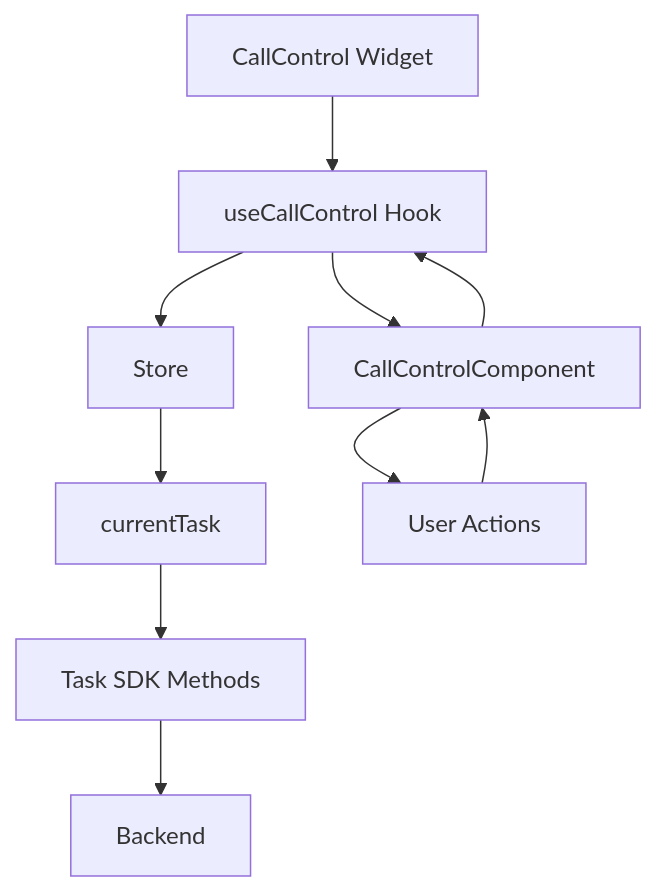
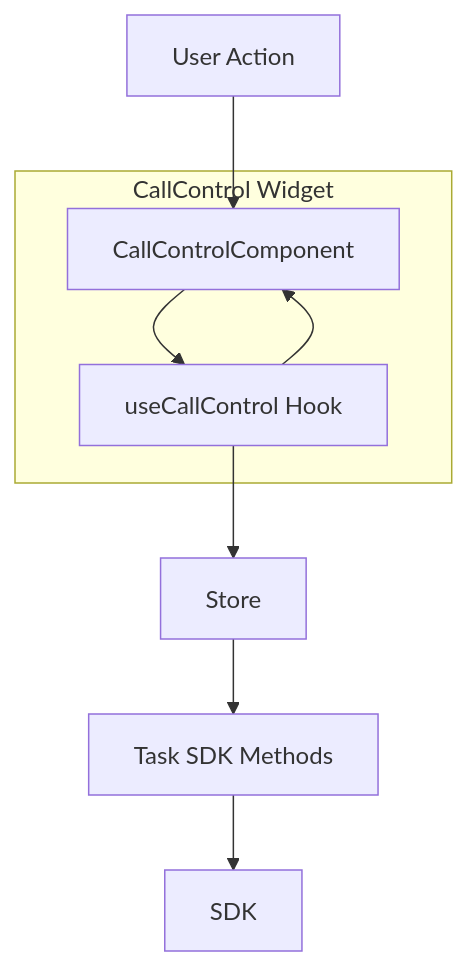
Before and after one commit to webex/widgets: the first of 7 diagrams in packages/contact-center/task/ai-docs/widgets/CallControl/ARCHITECTURE.md, drawn with Mermaid. The commit also changed other lines of this file and 6 other files, not shown here.

````diff
--- a/packages/contact-center/task/ai-docs/widgets/CallControl/ARCHITECTURE.md
+++ b/packages/contact-center/task/ai-docs/widgets/CallControl/ARCHITECTURE.md
@@ -38,12 +38,15 @@
 ```mermaid
 graph TD
-    A[CallControl Widget] --> B[useCallControl Hook]
-    B --> C[Store]
-    C --> D[currentTask]
-    B --> E[CallControlComponent]
-    E --> F[User Actions]
-    F --> E
+
+    subgraph "CallControl Widget"
+        B[CallControlComponent]
+        E
+    end
+
+    A[User Action] --> B[CallControlComponent]
+    C --> G[Task SDK Methods]
+    B --> E[useCallControl Hook]
+    E --> C[Store]
     E --> B
-    D --> G[Task SDK Methods]
-    G --> H[Backend]
+    G --> H[SDK]
 ```
````
